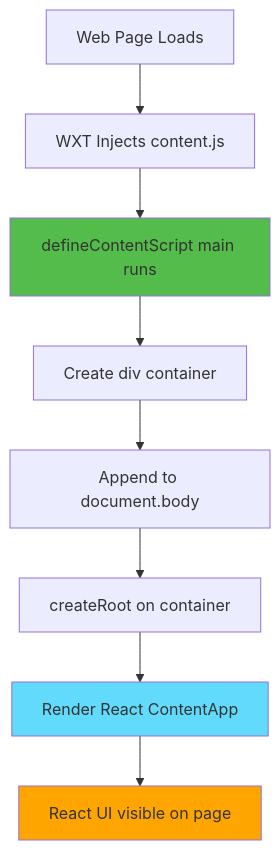
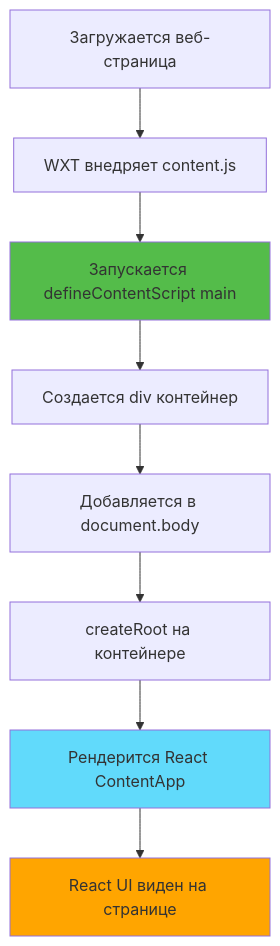
Before and after one commit to drunkody/textarea-fullscreen-extension: the first of 3 diagrams in slides/02-react-content-script.md, drawn with Mermaid. The commit also changed other lines of this file and 22 other files, not shown here.

````diff
--- a/slides/02-react-content-script.md
+++ b/slides/02-react-content-script.md
@@ -67,14 +67,14 @@
 ```mermaid
 graph TB
-    A[Web Page Loads] --> B[WXT Injects content.js]
-    B --> C[defineContentScript main runs]
-    C --> D[Create div container]
-    D --> E[Append to document.body]
-    E --> F[createRoot on container]
-    F --> G[Render React ContentApp]
-    G --> H[React UI visible on page]
+    A[Загружается веб-страница] --> B[WXT внедряет content.js]
+    B --> C[Запускается defineContentScript main]
+    C --> D[Создается div контейнер]
+    D --> E[Добавляется в document.body]
+    E --> F[createRoot на контейнере]
+    F --> G[Рендерится React ContentApp]
+    G --> H[React UI виден на странице]
     
     style C fill:#54bc4a
     style G fill:#61dafb
     style H fill:#ffa500
 ```
````
